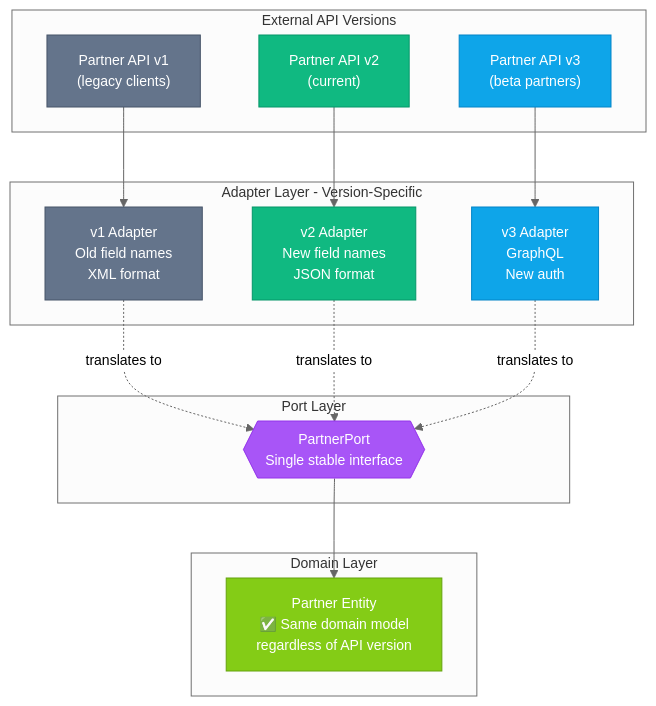
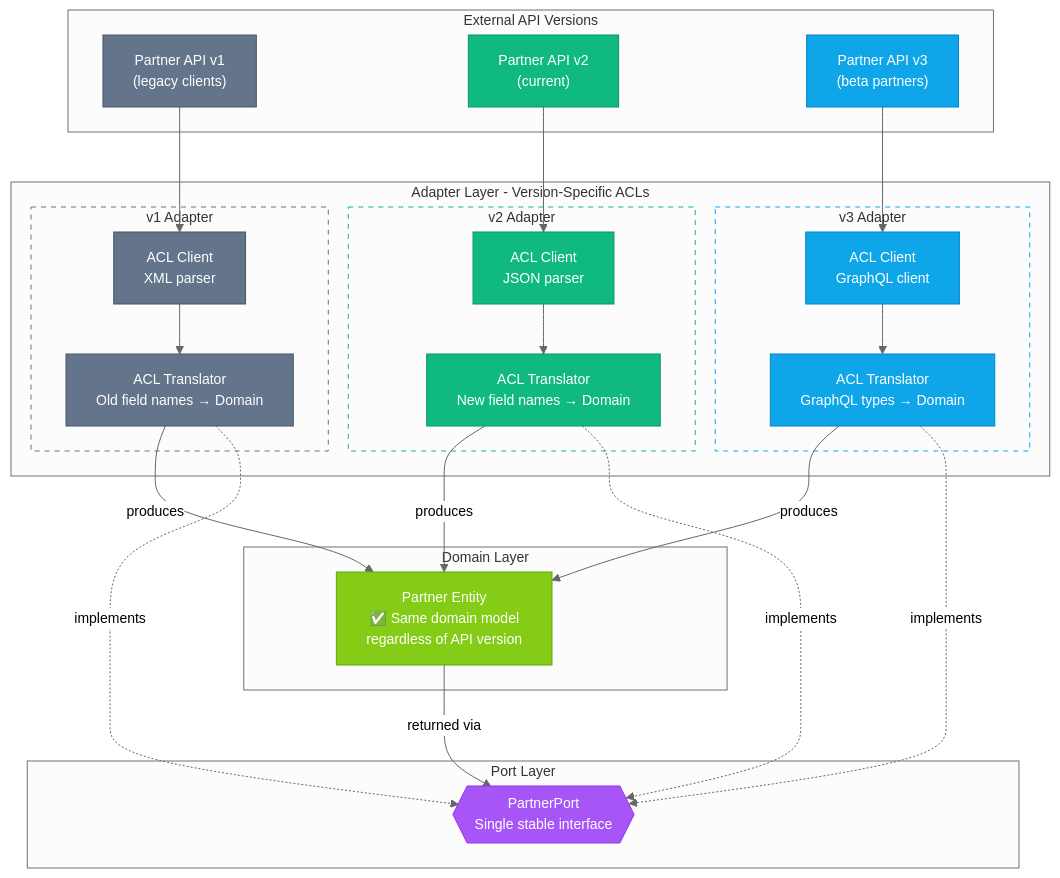
One commit to jsamuelsen11/go-service-template-v2 changed the seventh of 9 diagrams in docs/adr/0001-hexagonal-architecture.md. Above: the diagram before and after it, drawn with Mermaid. The commit also changed other lines of this file and 1 other file, not shown here.

First line of the commit message:
Improve architecture docs: diagrams, layer guidance, and quality cleanup

````diff
--- a/docs/adr/0001-hexagonal-architecture.md
+++ b/docs/adr/0001-hexagonal-architecture.md
@@ -356,40 +358,66 @@
 ```mermaid
 %%{init: {'theme': 'neutral', 'themeVariables': { 'fontSize': '14px' }}}%%
 flowchart TB
     subgraph external["External API Versions"]
         V1["Partner API v1<br/>(legacy clients)"]
         V2["Partner API v2<br/>(current)"]
         V3["Partner API v3<br/>(beta partners)"]
     end
 
-    subgraph adapters["Adapter Layer - Version-Specific"]
-        A1["v1 Adapter<br/>Old field names<br/>XML format"]
-        A2["v2 Adapter<br/>New field names<br/>JSON format"]
-        A3["v3 Adapter<br/>GraphQL<br/>New auth"]
+    subgraph adapters["Adapter Layer - Version-Specific ACLs"]
+        subgraph a1["v1 Adapter"]
+            A1Client["ACL Client<br/>XML parser"]
+            A1Trans["ACL Translator<br/>Old field names → Domain"]
+        end
+
+        subgraph a2["v2 Adapter"]
+            A2Client["ACL Client<br/>JSON parser"]
+            A2Trans["ACL Translator<br/>New field names → Domain"]
+        end
+
+        subgraph a3["v3 Adapter"]
+            A3Client["ACL Client<br/>GraphQL client"]
+            A3Trans["ACL Translator<br/>GraphQL types → Domain"]
+        end
     end
 
     subgraph port["Port Layer"]
         Port{{"PartnerPort<br/>Single stable interface"}}
     end
 
     subgraph domain["Domain Layer"]
         Entity["Partner Entity<br/>✅ Same domain model<br/>regardless of API version"]
     end
 
-    V1 --> A1
-    V2 --> A2
-    V3 --> A3
-    A1 -.->|"translates to"| Port
-    A2 -.->|"translates to"| Port
-    A3 -.->|"translates to"| Port
-    Port --> Entity
+    V1 --> A1Client
+    A1Client --> A1Trans
+    V2 --> A2Client
+    A2Client --> A2Trans
+    V3 --> A3Client
+    A3Client --> A3Trans
+
+    A1Trans -->|"produces"| Entity
+    A2Trans -->|"produces"| Entity
+    A3Trans -->|"produces"| Entity
+
+    Entity -->|"returned via"| Port
+
+    A1Trans -.->|"implements"| Port
+    A2Trans -.->|"implements"| Port
+    A3Trans -.->|"implements"| Port
 
     style V1 fill:#64748b,stroke:#475569,color:#fff
     style V2 fill:#10b981,stroke:#059669,color:#fff
     style V3 fill:#0ea5e9,stroke:#0284c7,color:#fff
-    style A1 fill:#64748b,stroke:#475569,color:#fff
-    style A2 fill:#10b981,stroke:#059669,color:#fff
-    style A3 fill:#0ea5e9,stroke:#0284c7,color:#fff
+    style A1Client fill:#64748b,stroke:#475569,color:#fff
+    style A1Trans fill:#64748b,stroke:#475569,color:#fff
+    style A2Client fill:#10b981,stroke:#059669,color:#fff
+    style A2Trans fill:#10b981,stroke:#059669,color:#fff
+    style A3Client fill:#0ea5e9,stroke:#0284c7,color:#fff
+    style A3Trans fill:#0ea5e9,stroke:#0284c7,color:#fff
+    style a1 fill:none,stroke:#64748b,stroke-dasharray: 5 5
+    style a2 fill:none,stroke:#10b981,stroke-dasharray: 5 5
+    style a3 fill:none,stroke:#0ea5e9,stroke-dasharray: 5 5
     style Port fill:#a855f7,stroke:#9333ea,color:#fff
     style Entity fill:#84cc16,stroke:#65a30d,color:#fff
 ```
````
